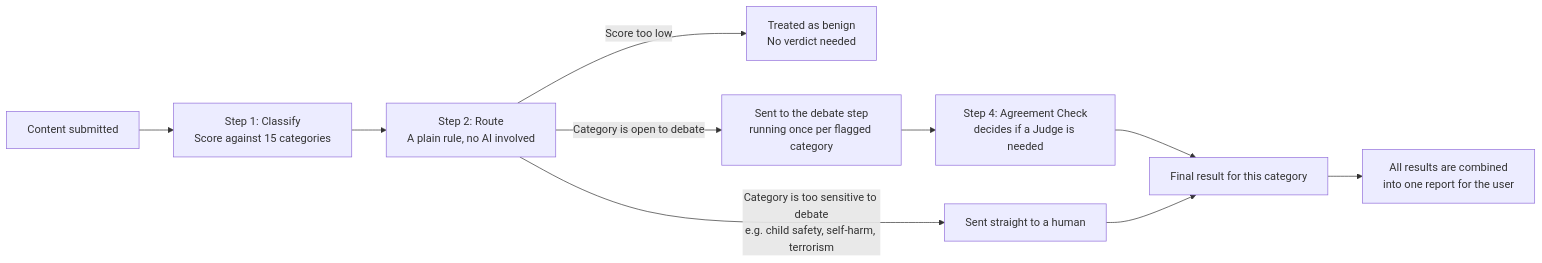
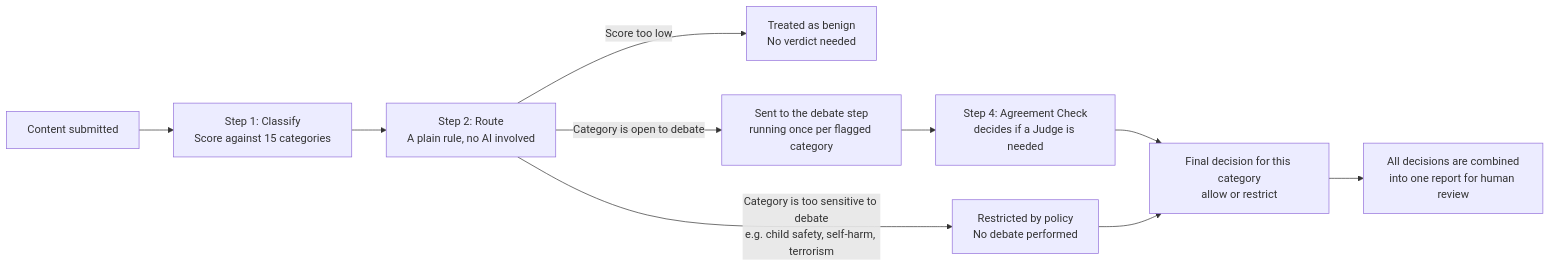
Before and after one commit to harineek24/ModAgent: the first of 3 diagrams in docs/HOW_IT_WORKS.md, drawn with Mermaid. The commit also changed other lines of this file and 12 other files, not shown here.

First line of the commit message:
Remove AI-triggered escalation entirely; every verdict is allow/restrict, always human-reviewed

````diff
--- a/docs/HOW_IT_WORKS.md
+++ b/docs/HOW_IT_WORKS.md
@@ -35,12 +36,12 @@
 ```mermaid
 flowchart LR
     A[Content submitted] --> B[Step 1: Classify\nScore against 15 categories]
     B --> C[Step 2: Route\nA plain rule, no AI involved]
     C -->|Score too low| D[Treated as benign\nNo verdict needed]
-    C -->|Category is too sensitive to debate\ne.g. child safety, self-harm, terrorism| E[Sent straight to a human]
+    C -->|Category is too sensitive to debate\ne.g. child safety, self-harm, terrorism| E[Restricted by policy\nNo debate performed]
     C -->|Category is open to debate| F[Sent to the debate step\nrunning once per flagged category]
     F --> G[Step 4: Agreement Check\ndecides if a Judge is needed]
-    G --> H[Final result for this category]
+    G --> H[Final decision for this category\nallow or restrict]
     E --> H
-    H --> I[All results are combined\ninto one report for the user]
+    H --> I[All decisions are combined\ninto one report for human review]
 ```
````
